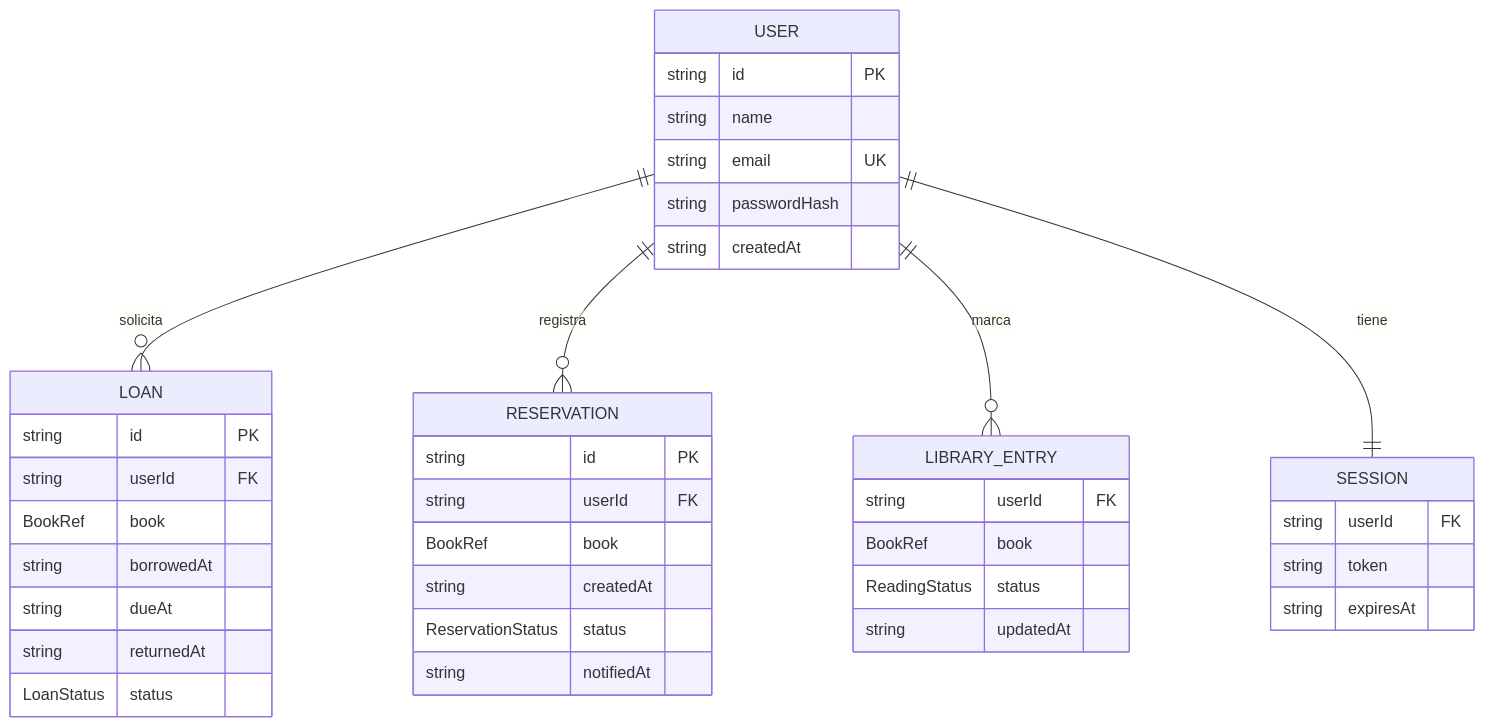
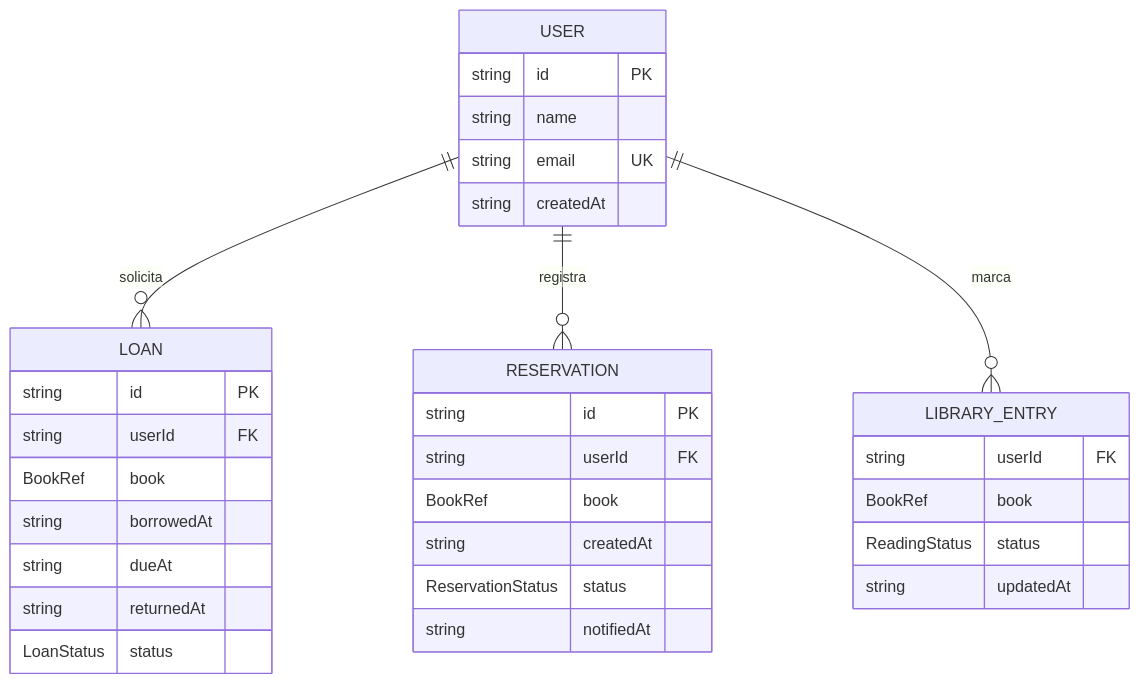
The diagram in docs/design/data-model.md (Jhon6723/capstone-web-dev), drawn with Mermaid before and after one commit. The commit also changed other lines of this file and 3 other files, not shown here.

````diff
--- a/docs/design/data-model.md
+++ b/docs/design/data-model.md
@@ -9,47 +9,39 @@
 ```mermaid
 erDiagram
     USER ||--o{ LOAN : "solicita"
     USER ||--o{ RESERVATION : "registra"
     USER ||--o{ LIBRARY_ENTRY : "marca"
-    USER ||--|| SESSION : "tiene"
 
     USER {
         string id PK
         string name
         string email UK
-        string passwordHash
         string createdAt
-    }
-
-    SESSION {
-        string userId FK
-        string token
-        string expiresAt
     }
 
     LOAN {
         string id PK
         string userId FK
         BookRef book
         string borrowedAt
         string dueAt
         string returnedAt
         LoanStatus status
     }
 
     RESERVATION {
         string id PK
         string userId FK
         BookRef book
         string createdAt
         ReservationStatus status
         string notifiedAt
     }
 
     LIBRARY_ENTRY {
         string userId FK
         BookRef book
         ReadingStatus status
         string updatedAt
     }
 ```
````
